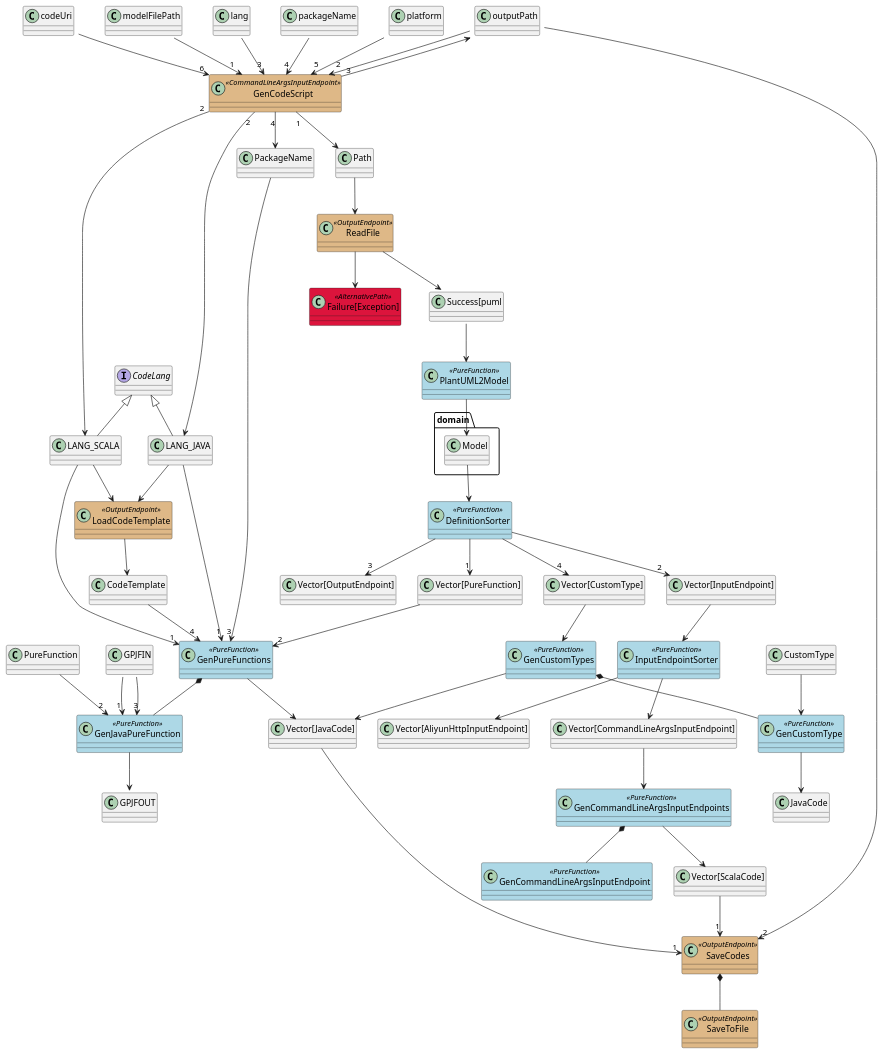
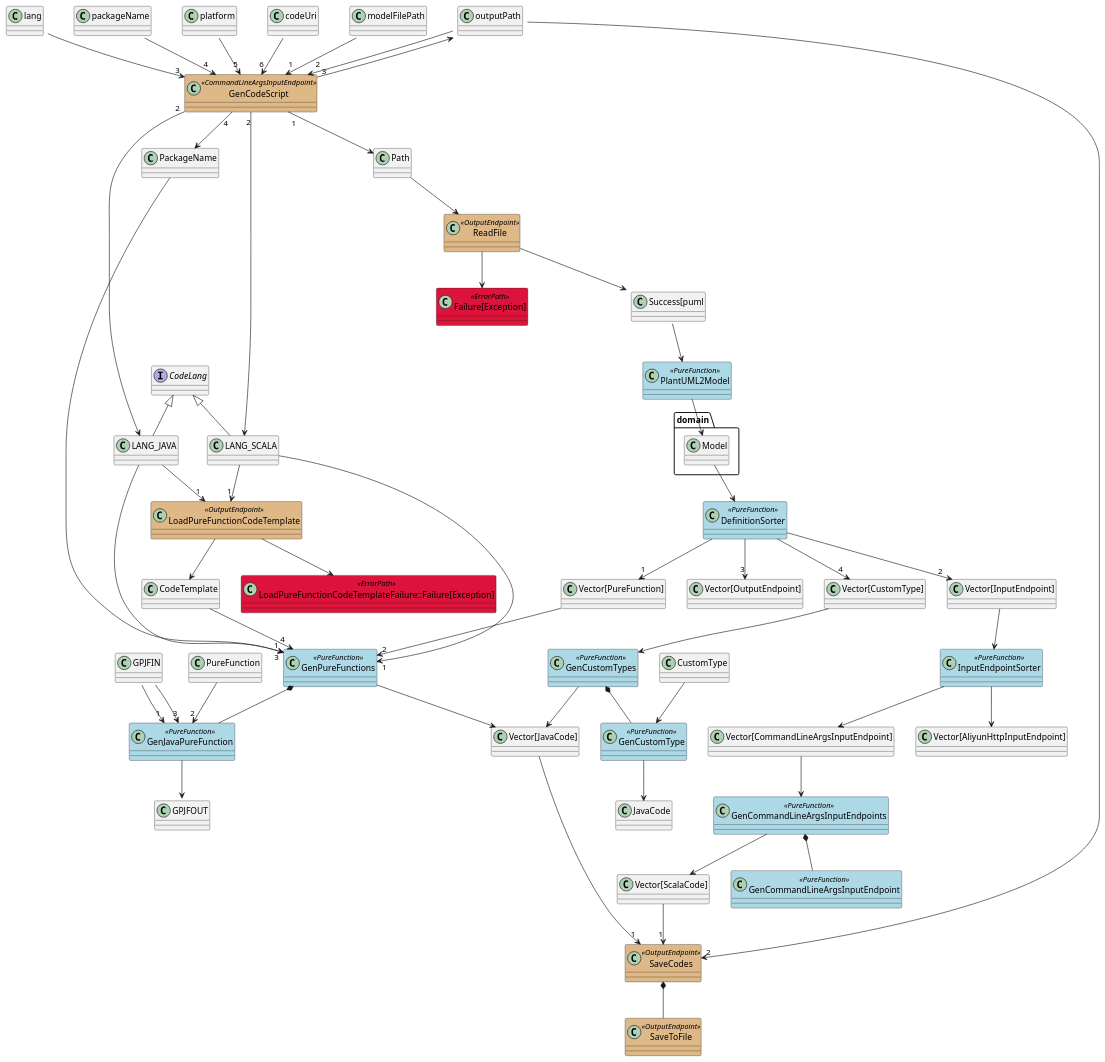
Before and after one commit to notyy/TypeFlow: the diagram in typeflow/tooling/GenCode.puml, drawn with PlantUML.

Commit message:
improving GenCode model

```diff
--- a/typeflow/tooling/GenCode.puml
+++ b/typeflow/tooling/GenCode.puml
@@ -1,80 +1,84 @@
 @startuml
 skinparam class {
 	BackgroundColor<<CommandLineInputEndpoint>> BurlyWood
 	BackgroundColor<<CommandLineArgsInputEndpoint>> BurlyWood
 	BackgroundColor<<AliyunHttpInputEndpoint>> BurlyWood
 	BackgroundColor<<OutputEndpoint>> BurlyWood
 	BackgroundColor<<PureFunction>> LightBlue
-	BackgroundColor<<AlternativePath>> Crimson
+	BackgroundColor<<AlternativePath>> LightGrey
+	BackgroundColor<<ErrorPath>> Crimson
 }
 
 class GenCodeScript <<CommandLineArgsInputEndpoint>>
 class ReadFile <<OutputEndpoint>>
 class PlantUML2Model <<PureFunction>>
 class GenPureFunctions <<PureFunction>>
 class GenJavaPureFunction <<PureFunction>>
 class GenCommandLineArgsInputEndpoints <<PureFunction>>
 class GenCommandLineArgsInputEndpoint <<PureFunction>>
 class GenCustomTypes <<PureFunction>>
 class GenCustomType <<PureFunction>>
 class DefinitionSorter <<PureFunction>>
 class InputEndpointSorter <<PureFunction>>
 class SaveCodes <<OutputEndpoint>>
 class SaveToFile <<OutputEndpoint>>
-class "Failure[Exception]" <<AlternativePath>>
-class LoadCodeTemplate <<OutputEndpoint>>
+class "Failure[Exception]" <<ErrorPath>>
+class "LoadPureFunctionCodeTemplateFailure::Failure[Exception]" <<ErrorPath>>
+class LoadPureFunctionCodeTemplate <<OutputEndpoint>>
 interface CodeLang
 CodeLang <|-- LANG_JAVA
 CodeLang <|-- LANG_SCALA
 
 modelFilePath::String --> "1" GenCodeScript
 outputPath::String --> "2" GenCodeScript
 lang::String --> "3" GenCodeScript
 packageName::String --> "4" GenCodeScript
 platform::String --> "5" GenCodeScript
 codeUri::String --> "6" GenCodeScript
 GenCodeScript "1" --> Path
 GenCodeScript "2" --> LANG_JAVA
 GenCodeScript "2" --> LANG_SCALA
 GenCodeScript "3" --> outputPath::Path
 GenCodeScript "4" --> PackageName
+
 LANG_JAVA -> "1" GenPureFunctions
 LANG_SCALA -> "1" GenPureFunctions
-LANG_JAVA --> LoadCodeTemplate
-LANG_SCALA --> LoadCodeTemplate
-LoadCodeTemplate --> CodeTemplate
+LANG_JAVA --> "1" LoadPureFunctionCodeTemplate
+LANG_SCALA --> "1" LoadPureFunctionCodeTemplate
+LoadPureFunctionCodeTemplate --> CodeTemplate
+LoadPureFunctionCodeTemplate --> "LoadPureFunctionCodeTemplateFailure::Failure[Exception]"
 CodeTemplate --> "4" GenPureFunctions
 Path --> ReadFile
 ReadFile --> "Success[puml::String]"
 ReadFile --> "Failure[Exception]"
 "Success[puml::String]" --> PlantUML2Model
 PlantUML2Model --> domain.Model
 domain.Model --> DefinitionSorter
 DefinitionSorter --> "1" "Vector[PureFunction]"
 DefinitionSorter --> "2" "Vector[InputEndpoint]"
 DefinitionSorter --> "3" "Vector[OutputEndpoint]"
 DefinitionSorter --> "4" "Vector[CustomType]"
 "Vector[InputEndpoint]" --> InputEndpointSorter
 InputEndpointSorter --> "Vector[CommandLineArgsInputEndpoint]"
 InputEndpointSorter --> "Vector[AliyunHttpInputEndpoint]"
 "Vector[PureFunction]" --> "2" GenPureFunctions
 "Vector[CustomType]" --> GenCustomTypes
 GenCustomTypes --> "Vector[JavaCode]"
 GenCustomTypes *-- GenCustomType
 CustomType --> GenCustomType
 GenCustomType --> JavaCode
 PackageName --> "3" GenPureFunctions
 GenPureFunctions --> "Vector[JavaCode]"
 GenPureFunctions *-- GenJavaPureFunction
 GPJFIN::PackageName --> "1" GenJavaPureFunction
 PureFunction --> "2" GenJavaPureFunction
 GPJFIN::CodeTemplate --> "3" GenJavaPureFunction
 GenJavaPureFunction --> GPJFOUT::JavaCode
 "Vector[CommandLineArgsInputEndpoint]" --> GenCommandLineArgsInputEndpoints
 GenCommandLineArgsInputEndpoints --> "Vector[ScalaCode]"
 GenCommandLineArgsInputEndpoints *-- GenCommandLineArgsInputEndpoint
 "Vector[ScalaCode]" --> "1" SaveCodes
 "Vector[JavaCode]" --> "1" SaveCodes
 outputPath::Path --> "2" SaveCodes
 SaveCodes *-- SaveToFile
 @enduml
```
